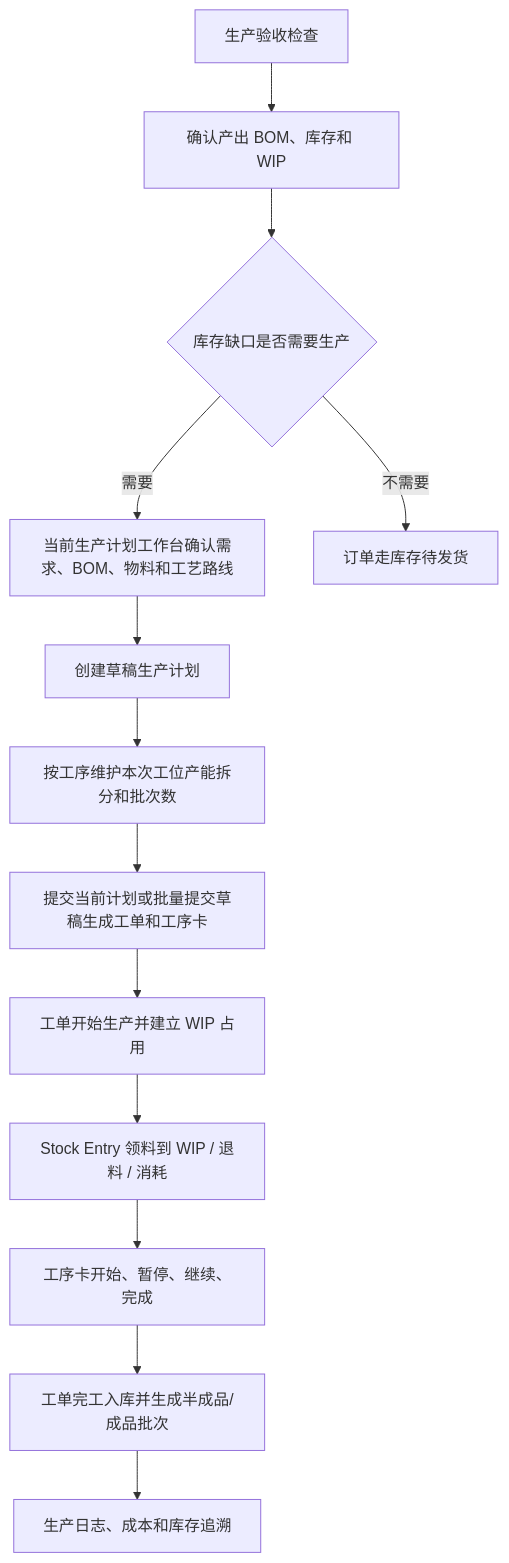
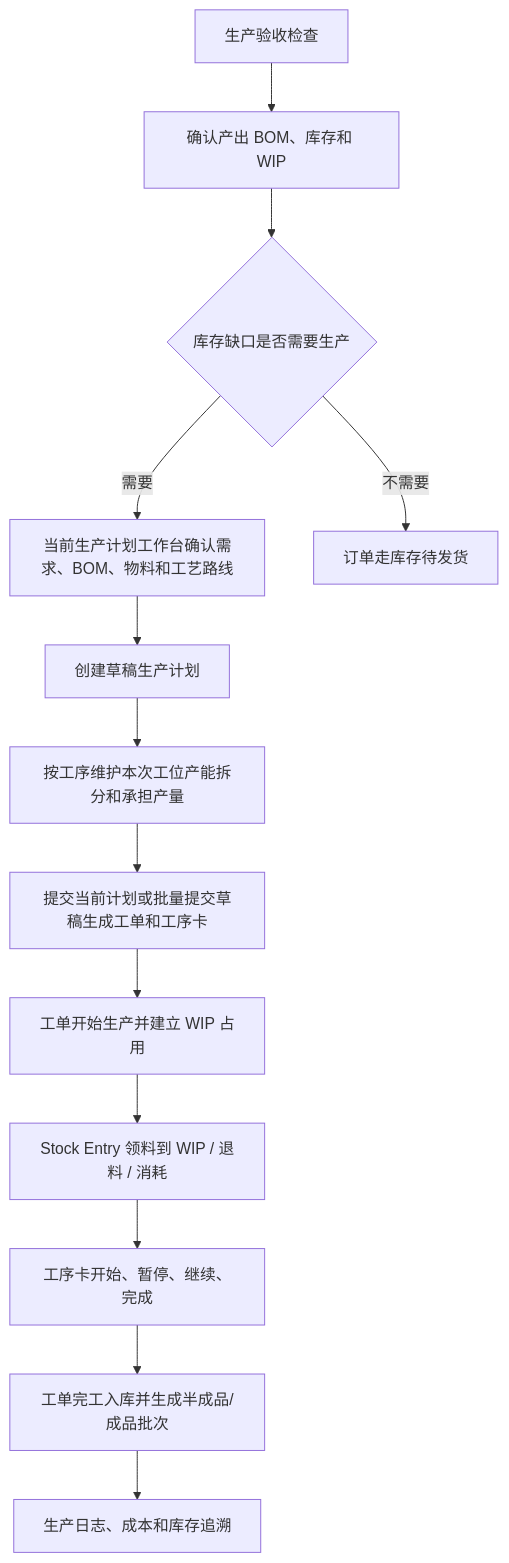
Before and after one commit to Backstage2539/KFerp: the diagram in orderapp-remote/docs/OP_MANUAL_PRODUCTION.md, drawn with Mermaid. The commit also changed other lines of this file and 15 other files, not shown here.

````diff
--- a/orderapp-remote/docs/OP_MANUAL_PRODUCTION.md
+++ b/orderapp-remote/docs/OP_MANUAL_PRODUCTION.md
@@ -15,15 +15,15 @@
 ```mermaid
 flowchart TD
   A["生产验收检查"] --> B["确认产出 BOM、库存和 WIP"]
   B --> C{"库存缺口是否需要生产"}
   C -->|需要| D["当前生产计划工作台确认需求、BOM、物料和工艺路线"]
   C -->|不需要| E["订单走库存待发货"]
   D --> F["创建草稿生产计划"]
-  F --> M["按工序维护本次工位产能拆分和批次数"]
+  F --> M["按工序维护本次工位产能拆分和承担产量"]
   M --> J["提交当前计划或批量提交草稿生成工单和工序卡"]
   J --> I["工单开始生产并建立 WIP 占用"]
   I --> K["Stock Entry 领料到 WIP / 退料 / 消耗"]
   K --> L["工序卡开始、暂停、继续、完成"]
   L --> G["工单完工入库并生成半成品/成品批次"]
   G --> H["生产日志、成本和库存追溯"]
 ```
````
